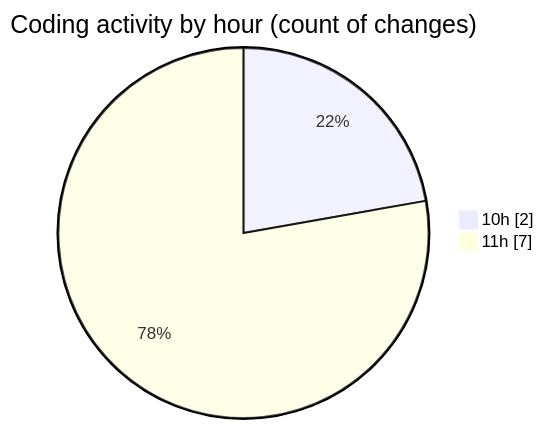
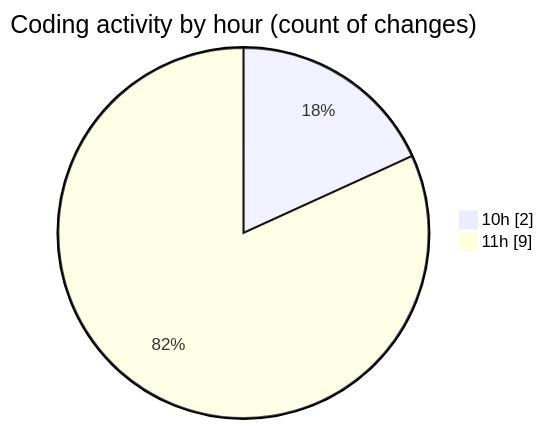
One commit to idhammustaqopulfikri/code-tracking changed the second of 2 diagrams in 2025-06-02/studio-backend/README.md. Above: the diagram before and after it, drawn with Mermaid. The commit also changed other lines of this file and 1 other file, not shown here.

````diff
--- a/2025-06-02/studio-backend/README.md
+++ b/2025-06-02/studio-backend/README.md
@@ -32,6 +34,6 @@
 ```mermaid
 pie showData
 title Coding activity by hour (count of changes)
 "10h" : 2
-"11h" : 7
+"11h" : 9
 ```
````
